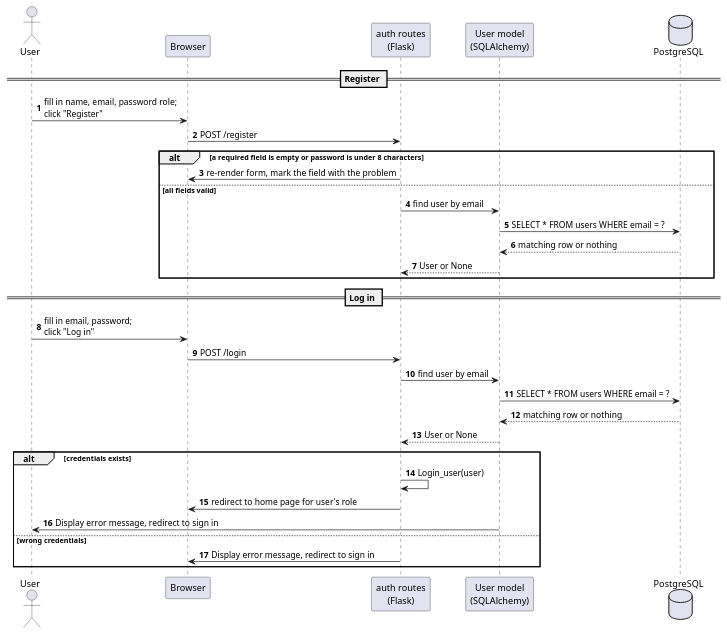
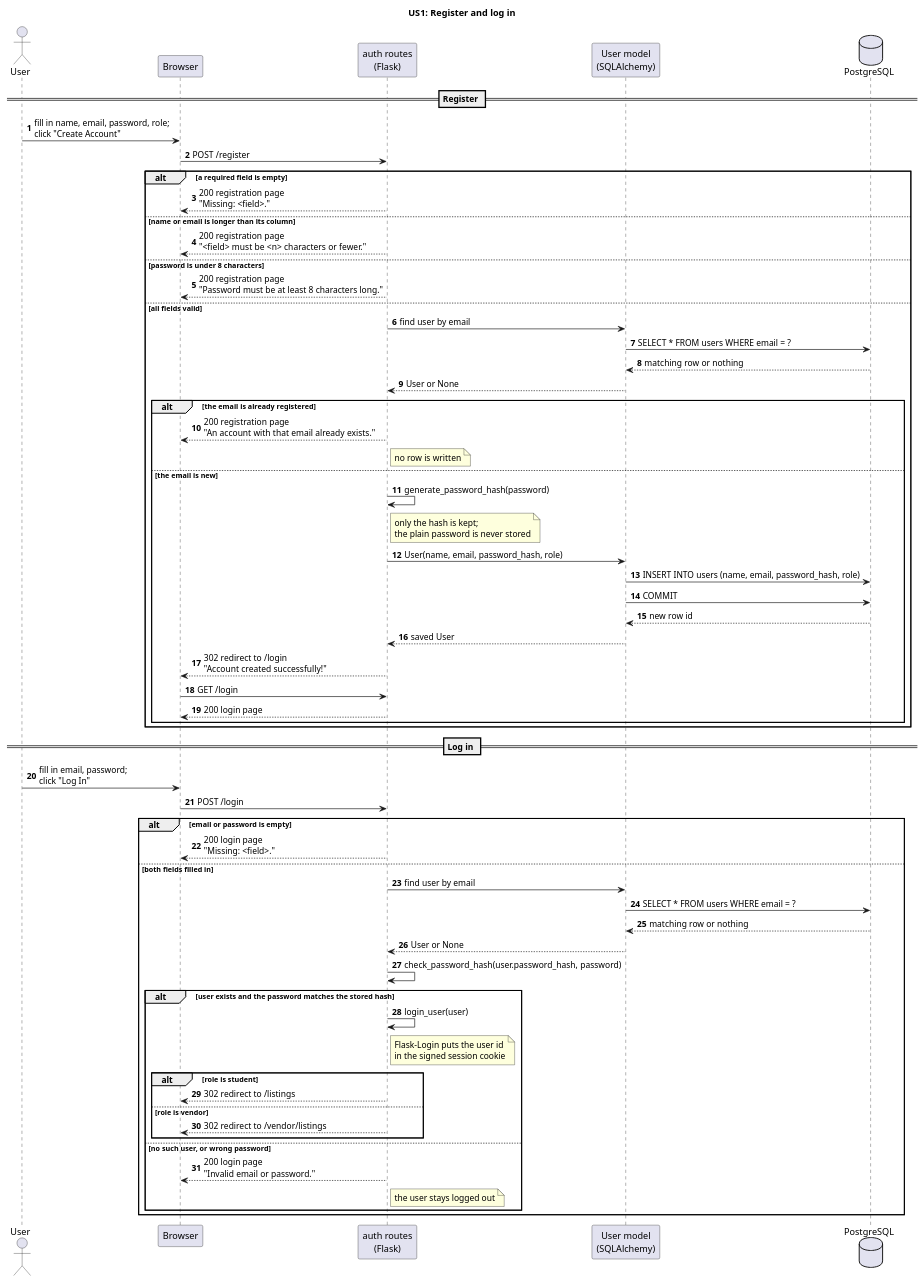
The diagram in uml/sequence-US1.wsd (Riconashty/campuseats), drawn with PlantUML before and after one commit. The commit also changed 68 other files, not shown here.

```diff
--- a/uml/sequence-US1.wsd
+++ b/uml/sequence-US1.wsd
@@ -1,42 +1,75 @@
 @startuml US1
+
+title US1: Register and log in
 
 autonumber
 
 actor User
 participant Browser
 participant "auth routes\n(Flask)" as Route
 participant "User model\n(SQLAlchemy)" as Model
 database PostgreSQL as DB
 
 == Register ==
 
-User -> Browser : fill in name, email, password role;\nclick "Register"
+User -> Browser : fill in name, email, password, role;\nclick "Create Account"
 Browser -> Route : POST /register
 
-alt a required field is empty or password is under 8 characters
-    Route -> Browser : re-render form, mark the field with the problem
+alt a required field is empty
+    Route --> Browser : 200 registration page\n"Missing: <field>."
+else name or email is longer than its column
+    Route --> Browser : 200 registration page\n"<field> must be <n> characters or fewer."
+else password is under 8 characters
+    Route --> Browser : 200 registration page\n"Password must be at least 8 characters long."
 else all fields valid
     Route -> Model : find user by email
     Model -> DB : SELECT * FROM users WHERE email = ?
     DB --> Model : matching row or nothing
     Model --> Route : User or None
+
+    alt the email is already registered
+        Route --> Browser : 200 registration page\n"An account with that email already exists."
+        note right of Route : no row is written
+    else the email is new
+        Route -> Route : generate_password_hash(password)
+        note right of Route : only the hash is kept;\nthe plain password is never stored
+        Route -> Model : User(name, email, password_hash, role)
+        Model -> DB : INSERT INTO users (name, email, password_hash, role)
+        Model -> DB : COMMIT
+        DB --> Model : new row id
+        Model --> Route : saved User
+        Route --> Browser : 302 redirect to /login\n"Account created successfully!"
+        Browser -> Route : GET /login
+        Route --> Browser : 200 login page
+    end
 end
 
 == Log in ==
-User -> Browser : fill in email, password;\nclick "Log in"
+
+User -> Browser : fill in email, password;\nclick "Log In"
 Browser -> Route : POST /login
-Route -> Model : find user by email
-Model -> DB : SELECT * FROM users WHERE email = ?
-DB --> Model : matching row or nothing
-Model --> Route : User or None
 
-alt credentials exists
-    Route -> Route : Login_user(user)
-    Route -> Browser : redirect to home page for user's role
-    Model -> User : Display error message, redirect to sign in
-else wrong credentials
-    Route -> Browser : Display error message, redirect to sign in
+alt email or password is empty
+    Route --> Browser : 200 login page\n"Missing: <field>."
+else both fields filled in
+    Route -> Model : find user by email
+    Model -> DB : SELECT * FROM users WHERE email = ?
+    DB --> Model : matching row or nothing
+    Model --> Route : User or None
+    Route -> Route : check_password_hash(user.password_hash, password)
+
+    alt user exists and the password matches the stored hash
+        Route -> Route : login_user(user)
+        note right of Route : Flask-Login puts the user id\nin the signed session cookie
+        alt role is student
+            Route --> Browser : 302 redirect to /listings
+        else role is vendor
+            Route --> Browser : 302 redirect to /vendor/listings
+        end
+    else no such user, or wrong password
+        Route --> Browser : 200 login page\n"Invalid email or password."
+        note right of Route : the user stays logged out
+    end
 end
 
-
 @enduml
```
